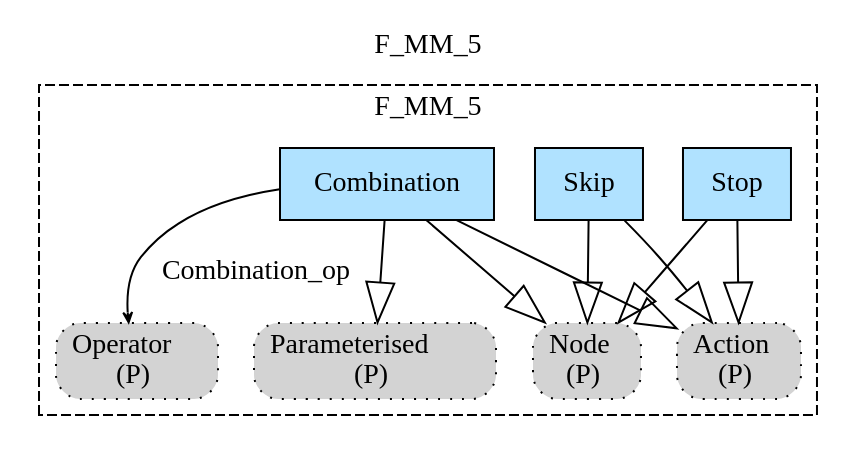
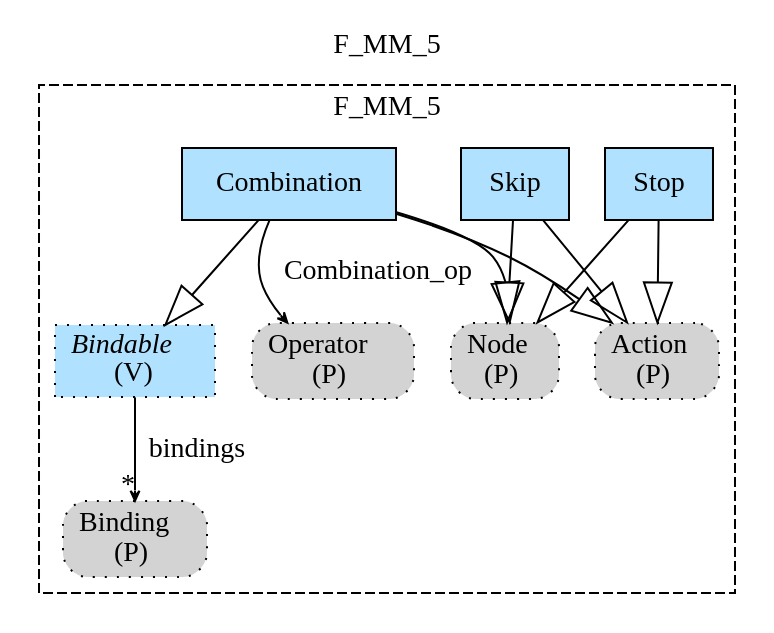
One commit to namalio/Fragmenta changed the diagram in Haskell/PCs/MM/img/F_MM_5.gv. Above: the diagram before and after it, drawn with Graphviz. The commit also changed 246 other files, not shown here.

```diff
--- a/Haskell/PCs/MM/img/F_MM_5.gv
+++ b/Haskell/PCs/MM/img/F_MM_5.gv
@@ -1,25 +1,27 @@
 digraph {graph[label=F_MM_5,labelloc=tl,labelfontsize=12];
 subgraph cluster_F_MM_5{style=dashed;label=F_MM_5;
 "PNode"[shape=box,fillcolor=lightgray,style ="rounded,filled,dotted",label=<Node<br/>(P)>];
-"PParameterised"[shape=box,fillcolor=lightgray,style ="rounded,filled,dotted",label=<Parameterised<br/>(P)>];
+"PBinding"[shape=box,fillcolor=lightgray,style ="rounded,filled,dotted",label=<Binding<br/>(P)>];
 "PAction"[shape=box,fillcolor=lightgray,style ="rounded,filled,dotted",label=<Action<br/>(P)>];
 "POperator"[shape=box,fillcolor=lightgray,style ="rounded,filled,dotted",label=<Operator<br/>(P)>];
 "Stop"[shape=record,fillcolor=lightskyblue1,style = filled,label="Stop"];
 "Skip"[shape=record,fillcolor=lightskyblue1,style = filled,label="Skip"];
 "Combination"[shape=record,fillcolor=lightskyblue1,style = filled,label="Combination"];
+"Bindable"[shape=record,fillcolor=lightskyblue1,style ="filled,dotted",label=<{<I>Bindable</I><br/>(V)}>];
 
 "Stop"->"PNode"[arrowhead=onormal,arrowsize=2.0];
 "Skip"->"PNode"[arrowhead=onormal,arrowsize=2.0];
 "Combination"->"PNode"[arrowhead=onormal,arrowsize=2.0];
-"Combination"->"PParameterised"[arrowhead=onormal,arrowsize=2.0];
+"Combination"->"Bindable"[arrowhead=onormal,arrowsize=2.0];
 "Stop"->"PAction"[arrowhead=onormal,arrowsize=2.0];
 "Skip"->"PAction"[arrowhead=onormal,arrowsize=2.0];
 "Combination"->"PAction"[arrowhead=onormal,arrowsize=2.0];
 "Combination"->"POperator"[label="Combination_op",arrowhead=vee,headlabel="",arrowsize=.5];
+"Bindable"->"PBinding"[label="bindings",arrowhead=vee,headlabel="*",arrowsize=.5];
 
 }
 
 
 
 
 }
```
